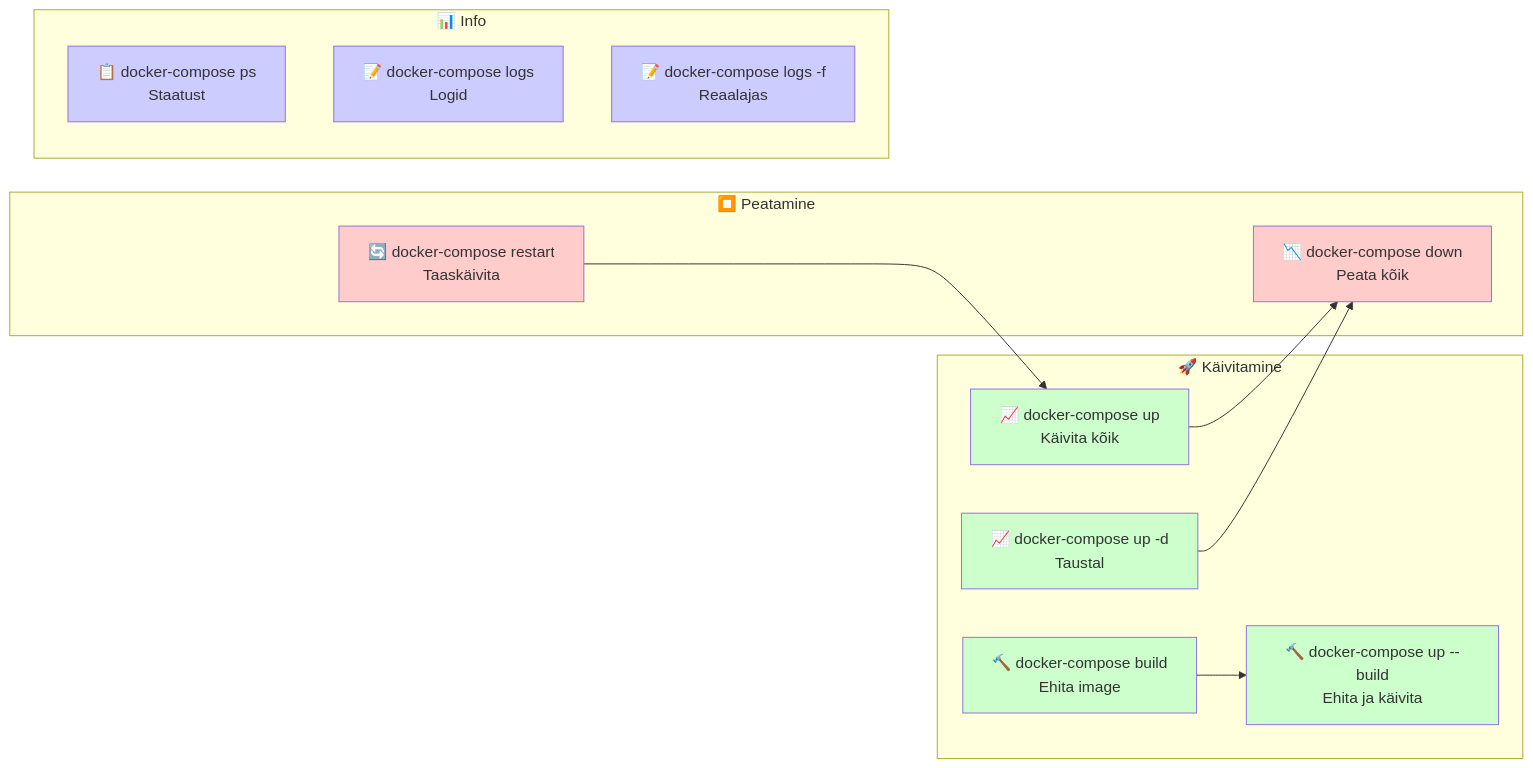
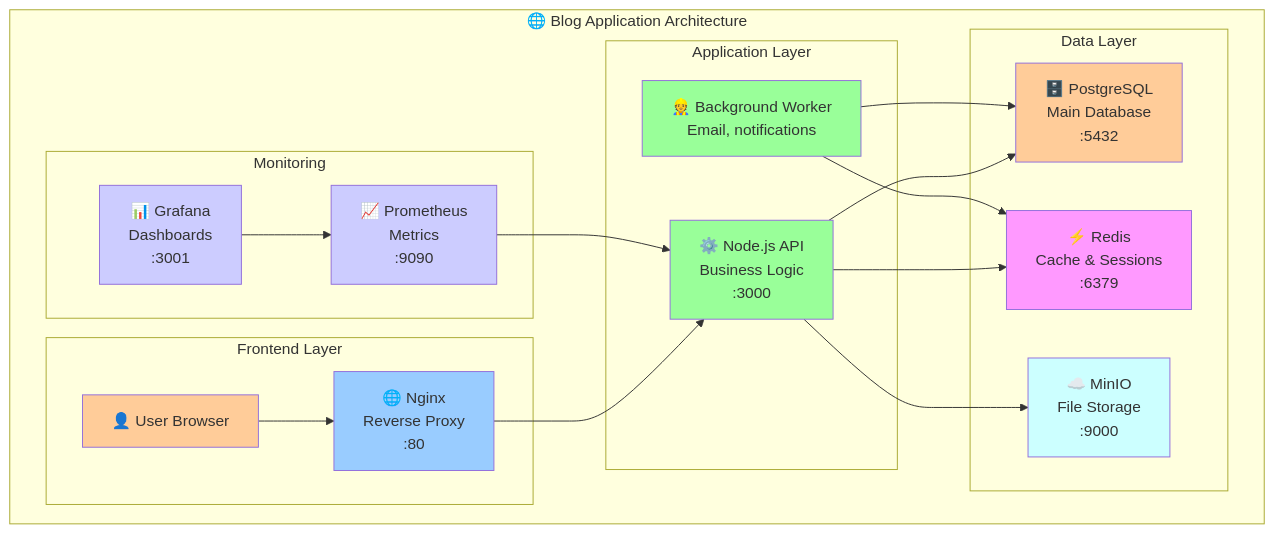
The tenth of 12 diagrams in docker_orchestration/lecture.md (mtalvik/automatiseerimine_ext), drawn with Mermaid before and after one commit. The commit also changed other lines of this file, not shown here.

````diff
--- a/docker_orchestration/lecture.md
+++ b/docker_orchestration/lecture.md
@@ -683,35 +859,45 @@
 ```mermaid
-graph LR
-    subgraph "🚀 Käivitamine"
-        Up[📈 docker-compose up<br/>Käivita kõik]
-        UpD[📈 docker-compose up -d<br/>Taustal]
-        Build[🔨 docker-compose build<br/>Ehita image]
-        BuildUp[🔨 docker-compose up --build<br/>Ehita ja käivita]
+graph TB
+    subgraph "🌐 Blog Application Architecture"
+        subgraph "Frontend Layer"
+            User[👤 User Browser]
+            Nginx[🌐 Nginx<br/>Reverse Proxy<br/>:80]
+        end
+        
+        subgraph "Application Layer"
+            API[⚙️ Node.js API<br/>Business Logic<br/>:3000]
+            Worker[👷 Background Worker<br/>Email, notifications]
+        end
+        
+        subgraph "Data Layer"
+            Postgres[🗄️ PostgreSQL<br/>Main Database<br/>:5432]
+            Redis[⚡ Redis<br/>Cache & Sessions<br/>:6379]
+            S3[☁️ MinIO<br/>File Storage<br/>:9000]
+        end
+        
+        subgraph "Monitoring"
+            Grafana[📊 Grafana<br/>Dashboards<br/>:3001]
+            Prometheus[📈 Prometheus<br/>Metrics<br/>:9090]
+        end
     end
     
-    subgraph "⏹️ Peatamine"
-        Down[📉 docker-compose down<br/>Peata kõik]
-        Restart[🔄 docker-compose restart<br/>Taaskäivita]
-    end
+    User --> Nginx
+    Nginx --> API
+    API --> Postgres
+    API --> Redis
+    API --> S3
+    Worker --> Postgres
+    Worker --> Redis
+    Prometheus --> API
+    Grafana --> Prometheus
     
-    subgraph "📊 Info"
-        PS[📋 docker-compose ps<br/>Staatust]
-        Logs[📝 docker-compose logs<br/>Logid]
-        LogsF[📝 docker-compose logs -f<br/>Reaalajas]
-    end
-    
-    Up --> Down
-    UpD --> Down
-    Build --> BuildUp
-    Restart --> Up
-    
-    style Up fill:#ccffcc
-    style UpD fill:#ccffcc
-    style Build fill:#ccffcc
-    style BuildUp fill:#ccffcc
-    style Down fill:#ffcccc
-    style Restart fill:#ffcccc
-    style PS fill:#ccccff
-    style Logs fill:#ccccff
-    style LogsF fill:#ccccff
+    style User fill:#ffcc99
+    style Nginx fill:#99ccff
+    style API fill:#99ff99
+    style Worker fill:#99ff99
+    style Postgres fill:#ffcc99
+    style Redis fill:#ff99ff
+    style S3 fill:#ccffff
+    style Grafana fill:#ccccff
+    style Prometheus fill:#ccccff
 ```
````
